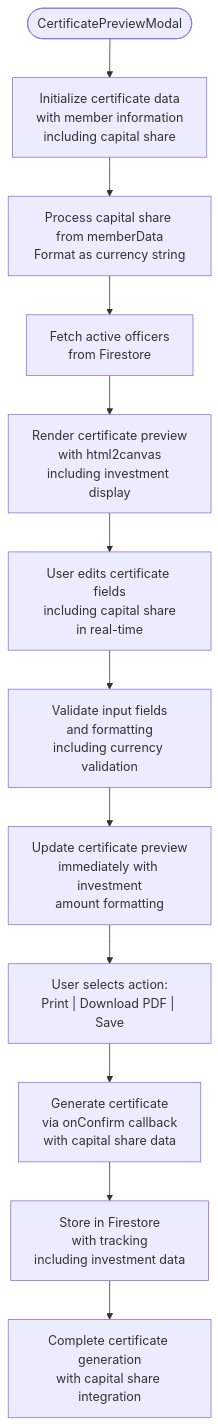
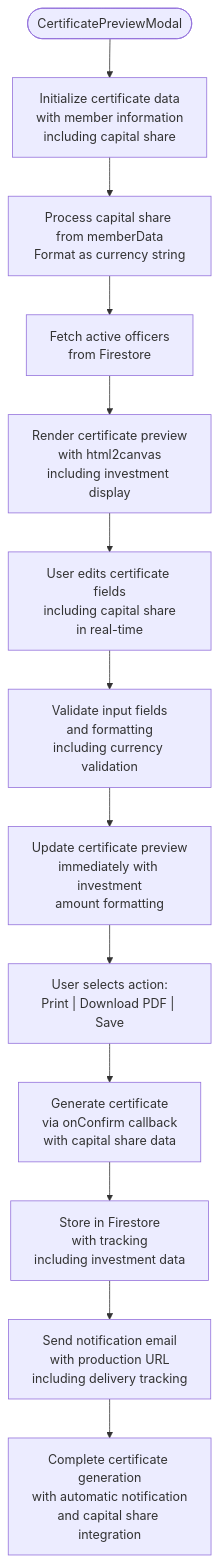
Before and after one commit to Unsure-bry/sampacoop_system: the third of 7 diagrams in .qoder/repowiki/en/content/Email & Notification System/Certificate Generation System.md, drawn with Mermaid. The commit also changed other lines of this file and 3 other files, not shown here.

````diff
--- a/.qoder/repowiki/en/content/Email & Notification System/Certificate Generation System.md
+++ b/.qoder/repowiki/en/content/Email & Notification System/Certificate Generation System.md
@@ -238,14 +256,15 @@
 ```mermaid
 flowchart TD
 Start(["CertificatePreviewModal"]) --> Init["Initialize certificate data<br/>with member information<br/>including capital share"]
 Init --> CapitalShare["Process capital share from memberData<br/>Format as currency string"]
 CapitalShare --> Officers["Fetch active officers<br/>from Firestore"]
 Officers --> Preview["Render certificate preview<br/>with html2canvas<br/>including investment display"]
 Preview --> Edit["User edits certificate fields<br/>including capital share<br/>in real-time"]
 Edit --> Validate["Validate input fields<br/>and formatting<br/>including currency validation"]
 Validate --> Update["Update certificate preview<br/>immediately with investment<br/>amount formatting"]
 Update --> Actions["User selects action:<br/>Print | Download PDF | Save"]
 Actions --> Generate["Generate certificate<br/>via onConfirm callback<br/>with capital share data"]
 Generate --> Store["Store in Firestore<br/>with tracking<br/>including investment data"]
-Store --> Complete["Complete certificate generation<br/>with capital share integration"]
+Store --> Notify["Send notification email<br/>with production URL<br/>including delivery tracking"]
+Notify --> Complete["Complete certificate generation<br/>with automatic notification<br/>and capital share integration"]
 ```
````
